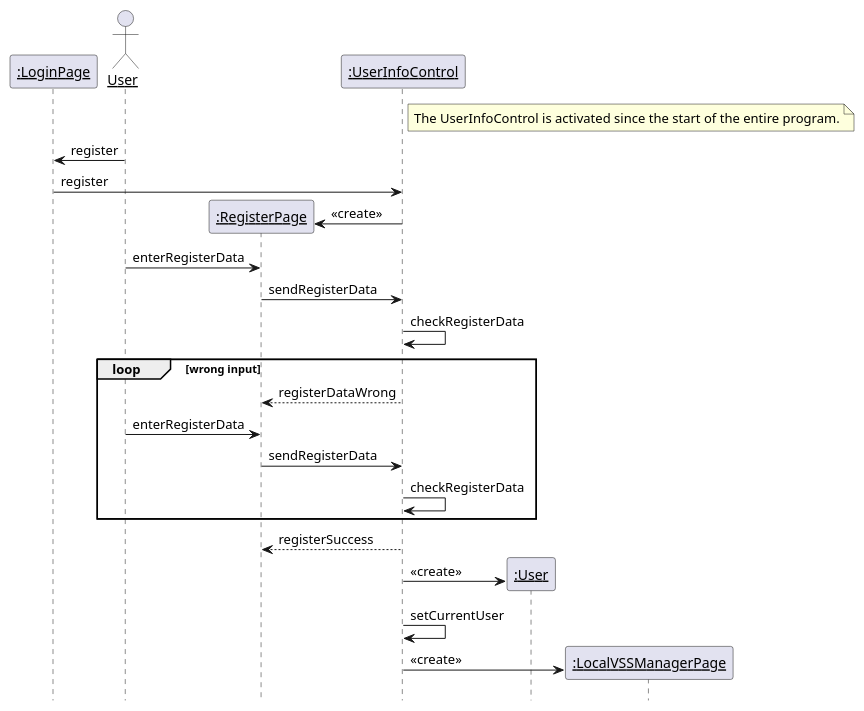
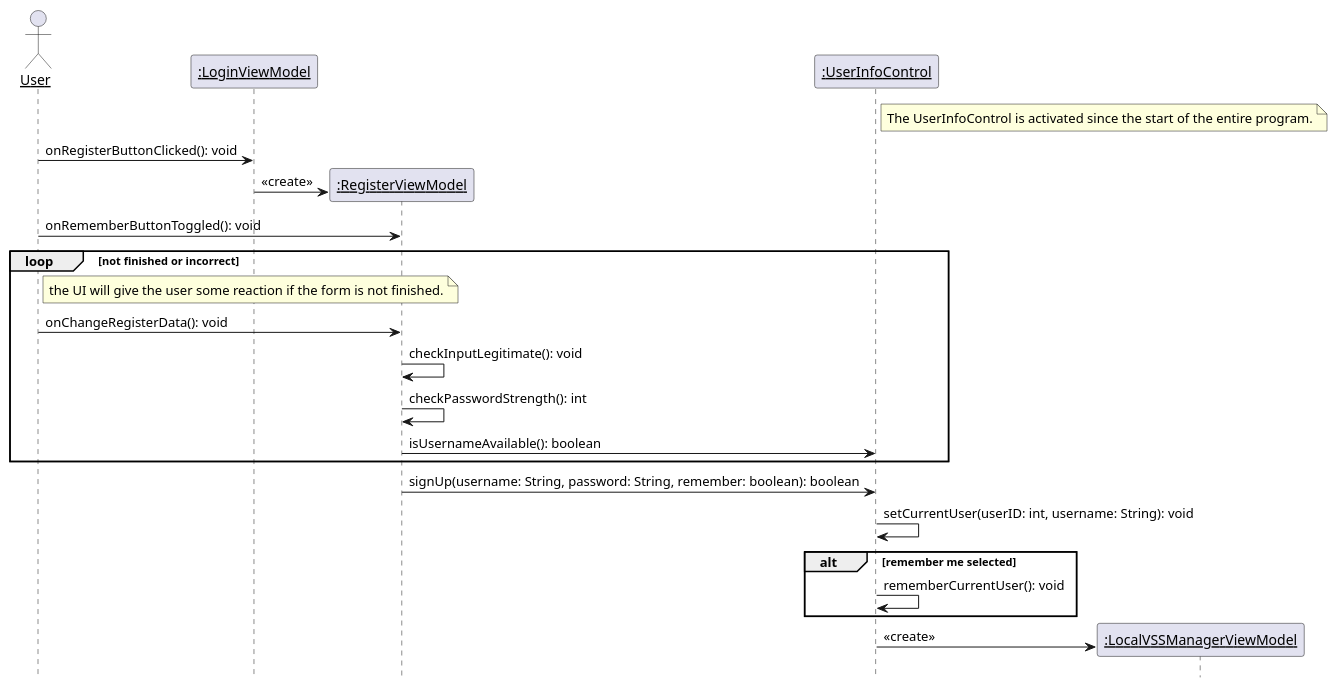
The second of 22 diagrams in 设计/顺序图.md (kpp19920121/doc), drawn with PlantUML before and after one commit. The commit also changed other lines of this file and 8 other files, not shown here.

Commit message:
Refined Login and Register

````diff
--- a/设计/顺序图.md
+++ b/设计/顺序图.md
@@ -6,36 +28,39 @@
 ```PlantUML
 @startuml Diagrams/Register
 hide footbox
 skinparam sequenceParticipant underline
 
-participant ":LoginPage" as loginpage
 actor User as user
-participant ":RegisterPage" as boundary
+participant ":LoginViewModel" as loginpage
+participant ":RegisterViewModel" as boundary
 participant ":UserInfoControl" as control
-participant ":User" as userdata
-participant ":LocalVSSManagerPage" as nextpage
+participant ":LocalVSSManagerViewModel" as nextpage
 
 note right of control: The UserInfoControl is activated since the start of the entire program.
 
-user -> loginpage: register
-loginpage -> control: register
+user -> loginpage: onRegisterButtonClicked(): void
 
 create boundary
-control -> boundary: <<create>>
-user -> boundary: enterRegisterData
-boundary -> control: sendRegisterData
-control -> control: checkRegisterData
-loop wrong input
-    control --> boundary: registerDataWrong
-    user -> boundary: enterRegisterData
-    boundary -> control: sendRegisterData
-    control -> control: checkRegisterData
+loginpage -> boundary: <<create>>
+
+user -> boundary: onRememberButtonToggled(): void
+loop not finished or incorrect
+    note right of user
+        the UI will give the user some reaction if the form is not finished.
+    end note
+    user -> boundary: onChangeRegisterData(): void
+    boundary -> boundary: checkInputLegitimate(): void
+    boundary -> boundary: checkPasswordStrength(): int
+    boundary -> control: isUsernameAvailable(): boolean
 end
-control --> boundary: registerSuccess
-create userdata
-control -> userdata: <<create>>
-control -> control: setCurrentUser
+
+boundary -> control: signUp(username: String, password: String, remember: boolean): boolean
+
+control -> control: setCurrentUser(userID: int, username: String): void
+alt remember me selected
+    control -> control: rememberCurrentUser(): void
+end
 create nextpage
 control -> nextpage: <<create>>
 @enduml
 ```
````
